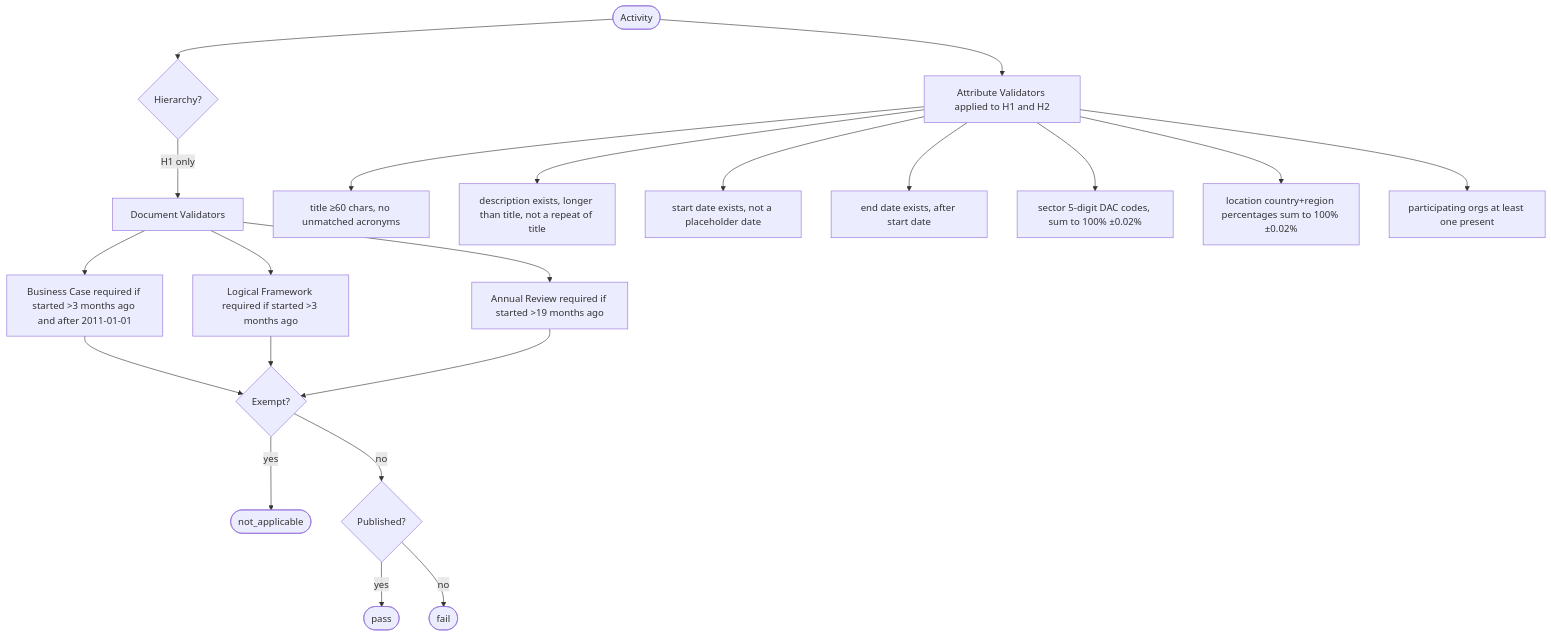
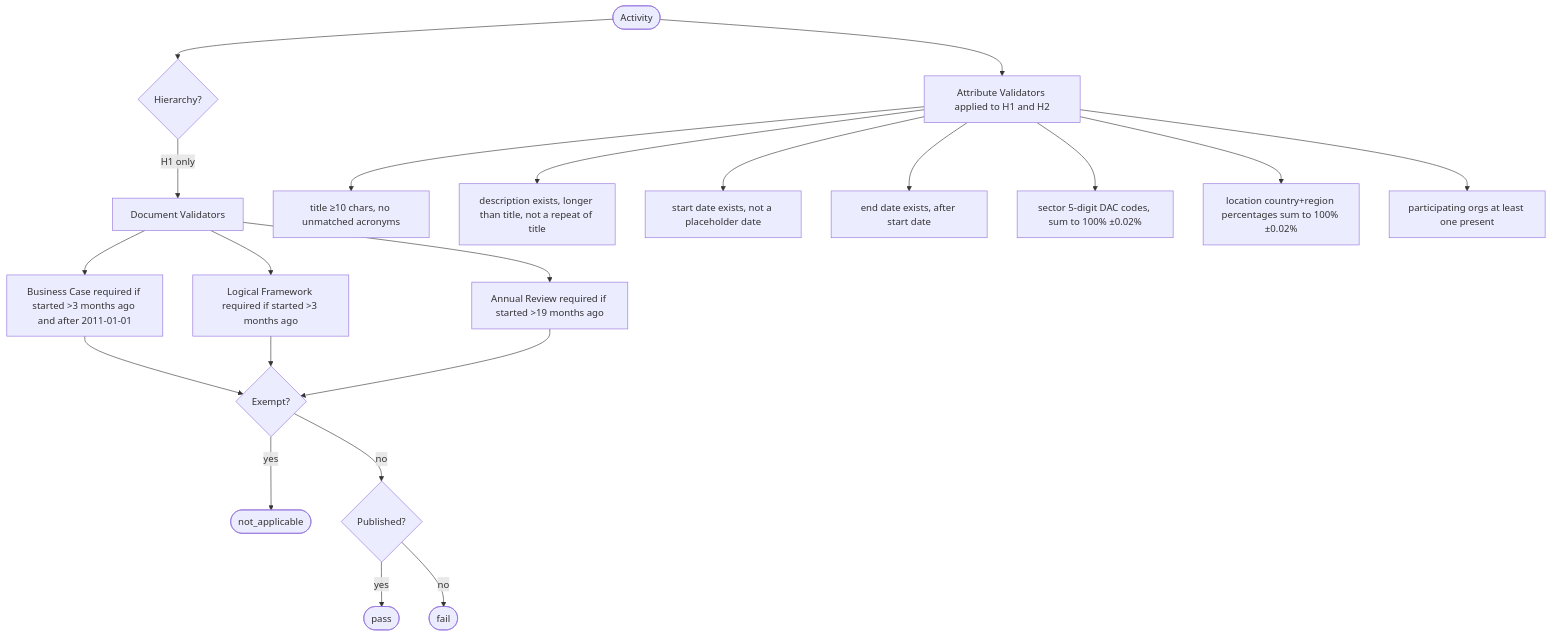
The fourth of 6 diagrams in DIAGRAMS.md (zimmerman-team/iati-cloud.dqa), drawn with Mermaid before and after one commit. The commit also changed 5 other files, not shown here.

````diff
--- a/DIAGRAMS.md
+++ b/DIAGRAMS.md
@@ -104,26 +104,26 @@
 ```mermaid
 flowchart TD
     ACT([Activity]) --> ATTR[Attribute Validators applied to H1 and H2]
     ACT --> HIER{Hierarchy?}
     HIER -->|H1 only| DOC[Document Validators]
 
-    ATTR --> T[title ≥60 chars, no unmatched acronyms]
+    ATTR --> T[title ≥10 chars, no unmatched acronyms]
     ATTR --> D[description exists, longer than title, not a repeat of title]
     ATTR --> SD[start date exists, not a placeholder date]
     ATTR --> ED[end date exists, after start date]
     ATTR --> SEC[sector 5-digit DAC codes, sum to 100% ±0.02%]
     ATTR --> LOC[location country+region percentages sum to 100% ±0.02%]
     ATTR --> ORG[participating orgs at least one present]
 
     DOC --> BC[Business Case required if started >3 months ago and after 2011-01-01]
     DOC --> LF[Logical Framework required if started >3 months ago]
     DOC --> AR[Annual Review required if started >19 months ago]
 
     BC --> EX{Exempt?}
     LF --> EX
     AR --> EX
     EX -->|yes| NA([not_applicable])
     EX -->|no| PF{Published?}
     PF -->|yes| PASS([pass])
     PF -->|no| FAIL([fail])
 ```
````
